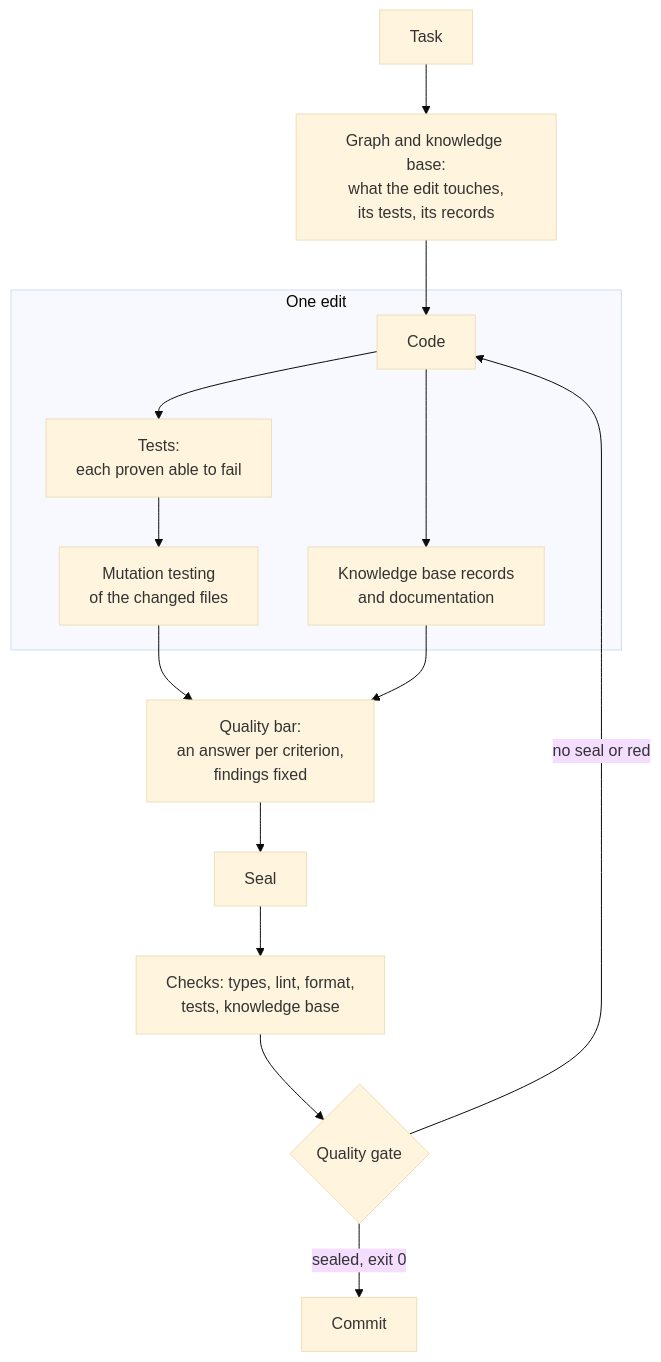
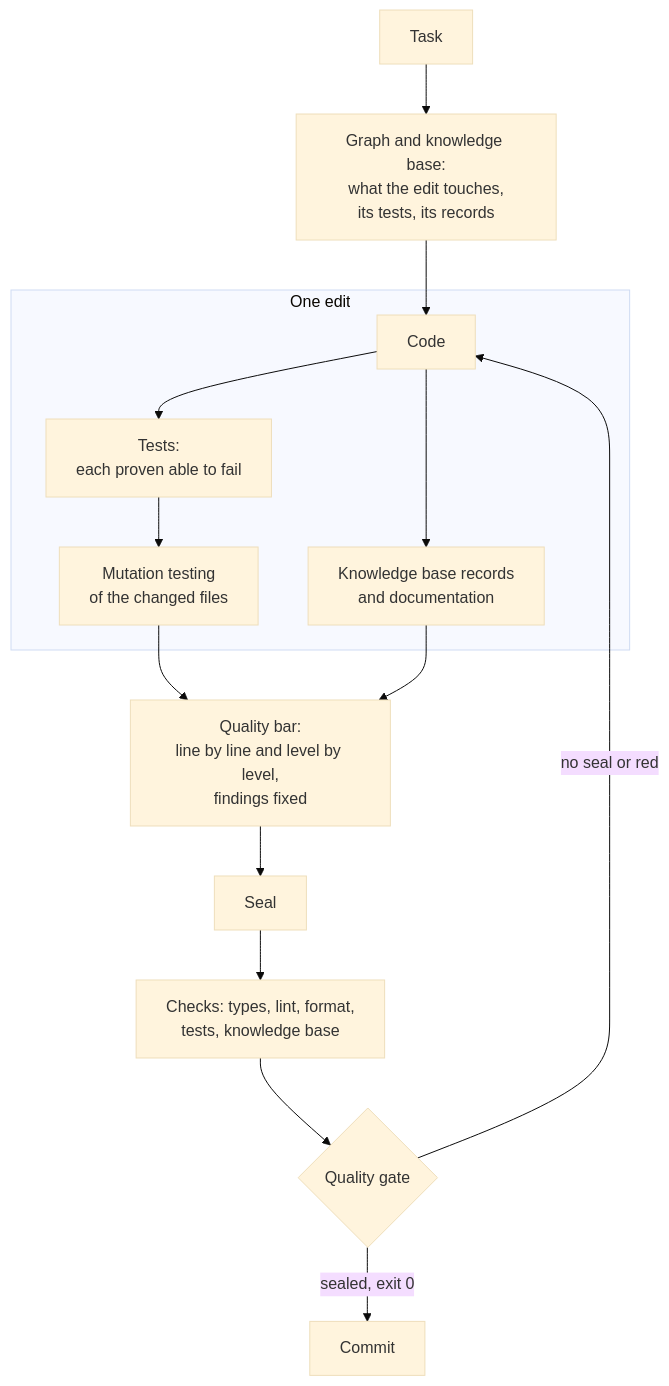
Before and after one commit to Igor-lx/claudeHarness: the second of 3 diagrams in README.md, drawn with Mermaid (base theme). The commit also changed other lines of this file and 1 other file, not shown here.

First line of the commit message:
docs(readme): show that quality is checked flat and vertical

````diff
--- a/README.md
+++ b/README.md
@@ -191,17 +234,17 @@
 ```mermaid
 flowchart TD
   A[Task] --> B["Graph and knowledge base:<br>what the edit touches,<br>its tests, its records"]
   B --> C[Code]
   subgraph edit [One edit]
     C --> T["Tests:<br>each proven able to fail"]
     C --> R["Knowledge base records<br>and documentation"]
     T --> M["Mutation testing<br>of the changed files"]
   end
-  M --> P["Quality bar:<br>an answer per criterion,<br>findings fixed"]
+  M --> P["Quality bar:<br>line by line and level by level,<br>findings fixed"]
   R --> P
   P --> S[Seal]
   S --> K["Checks: types, lint, format,<br>tests, knowledge base"]
   K --> G{Quality gate}
   G -- "sealed, exit 0" --> H[Commit]
   G -- "no seal or red" --> C
 ```
````
